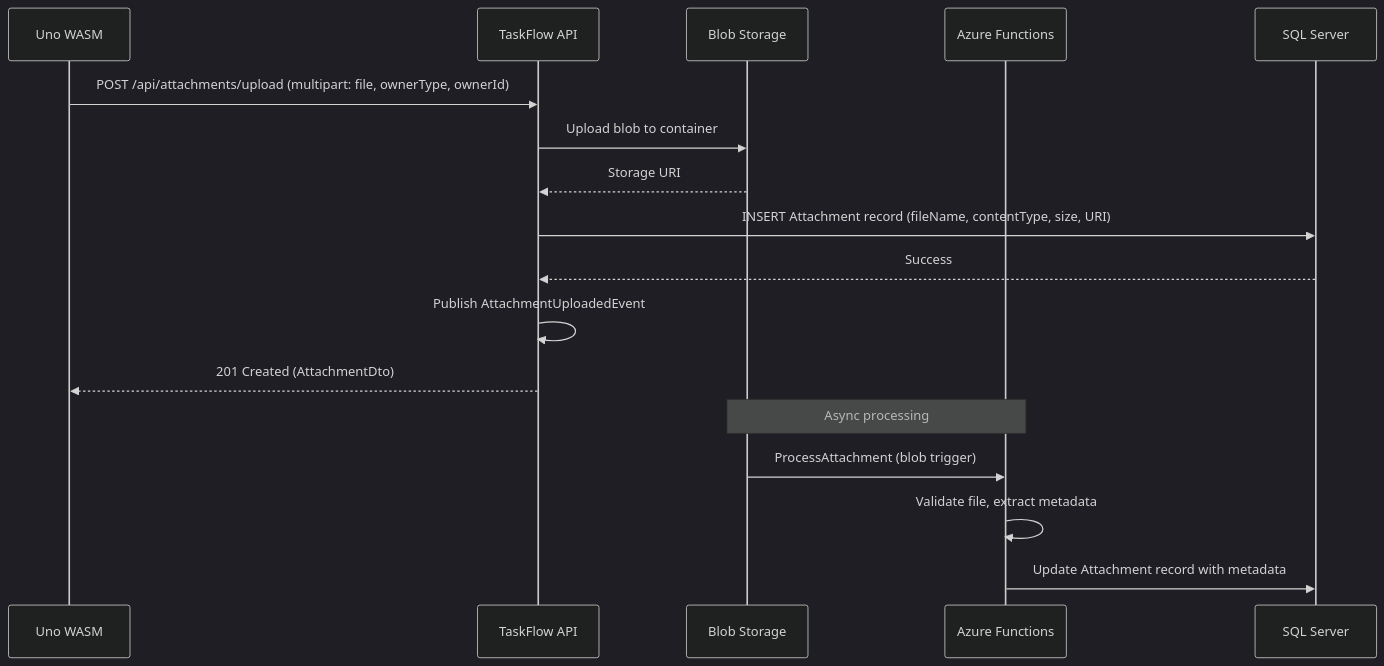
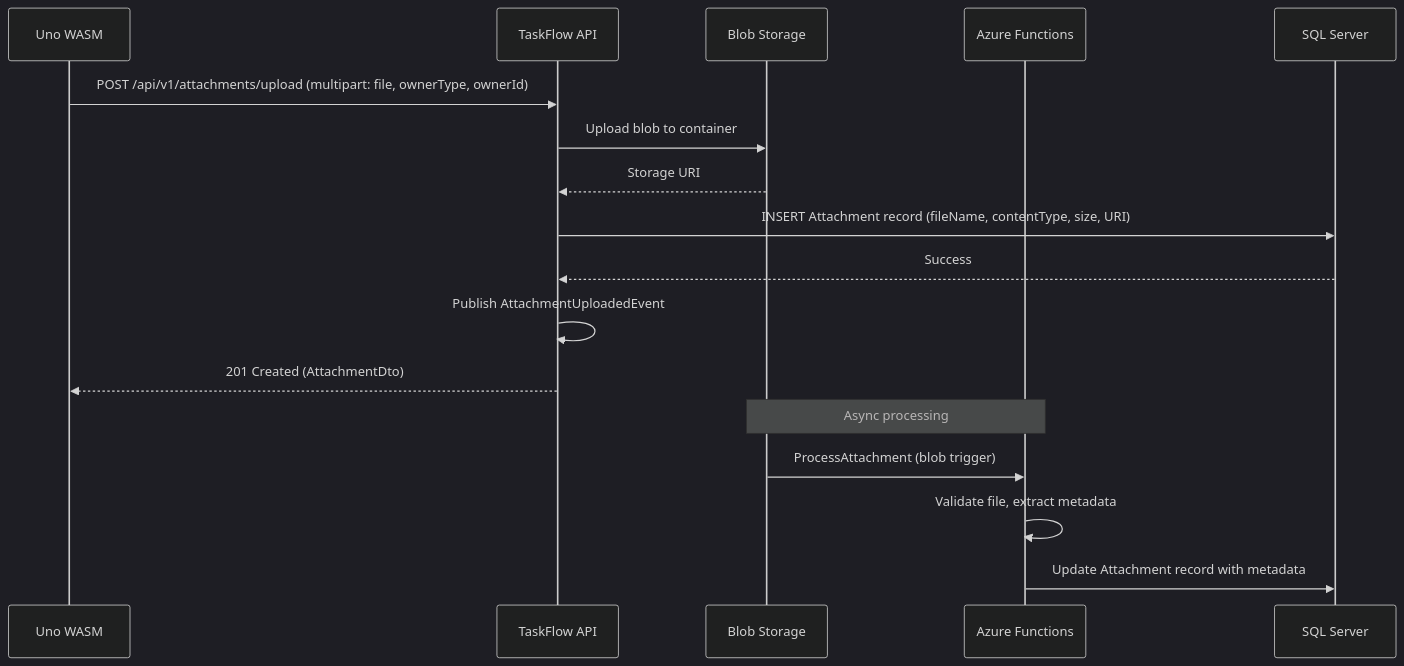
One commit to efreeman518/AI-Instructions-ReferenceApp changed the tenth of 22 diagrams in docs/tech-design.md. Above: the diagram before and after it, drawn with Mermaid (dark theme). The commit also changed other lines of this file and 199 other files, not shown here.

````diff
--- a/docs/tech-design.md
+++ b/docs/tech-design.md
@@ -494,21 +540,21 @@
 ```mermaid
 sequenceDiagram
     participant UI as Uno WASM
     participant API as TaskFlow API
     participant BLOB as Blob Storage
     participant FN as Azure Functions
     participant SQL as SQL Server
 
-    UI->>API: POST /api/attachments/upload (multipart: file, ownerType, ownerId)
+    UI->>API: POST /api/v1/attachments/upload (multipart: file, ownerType, ownerId)
     API->>BLOB: Upload blob to container
     BLOB-->>API: Storage URI
     API->>SQL: INSERT Attachment record (fileName, contentType, size, URI)
     SQL-->>API: Success
     API->>API: Publish AttachmentUploadedEvent
     API-->>UI: 201 Created (AttachmentDto)
 
     Note over BLOB,FN: Async processing
     BLOB->>FN: ProcessAttachment (blob trigger)
     FN->>FN: Validate file, extract metadata
     FN->>SQL: Update Attachment record with metadata
 ```
````
